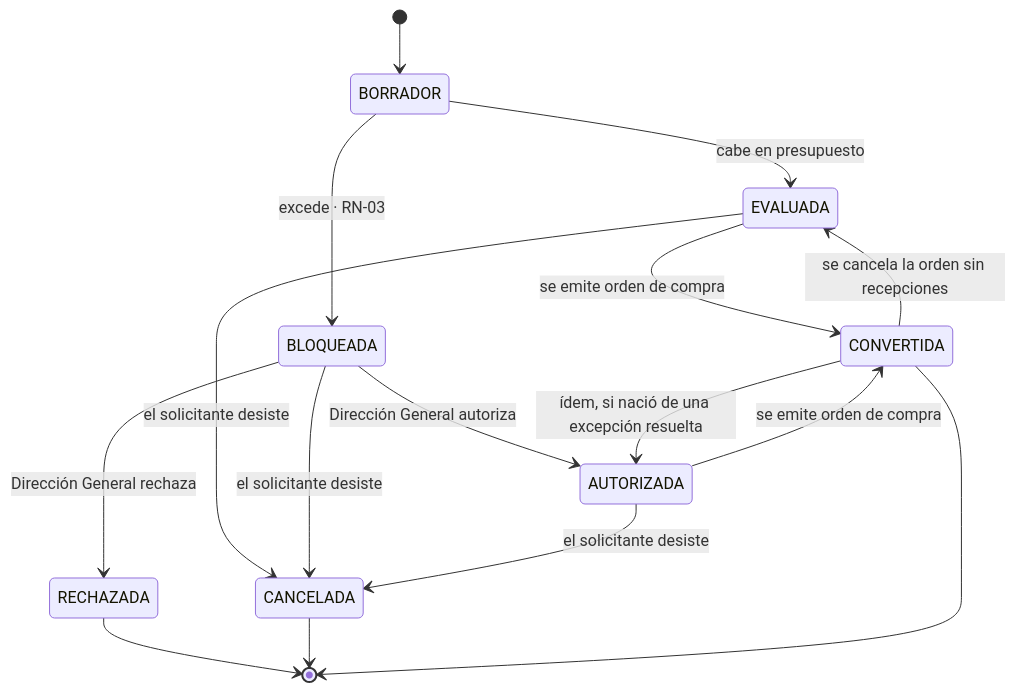
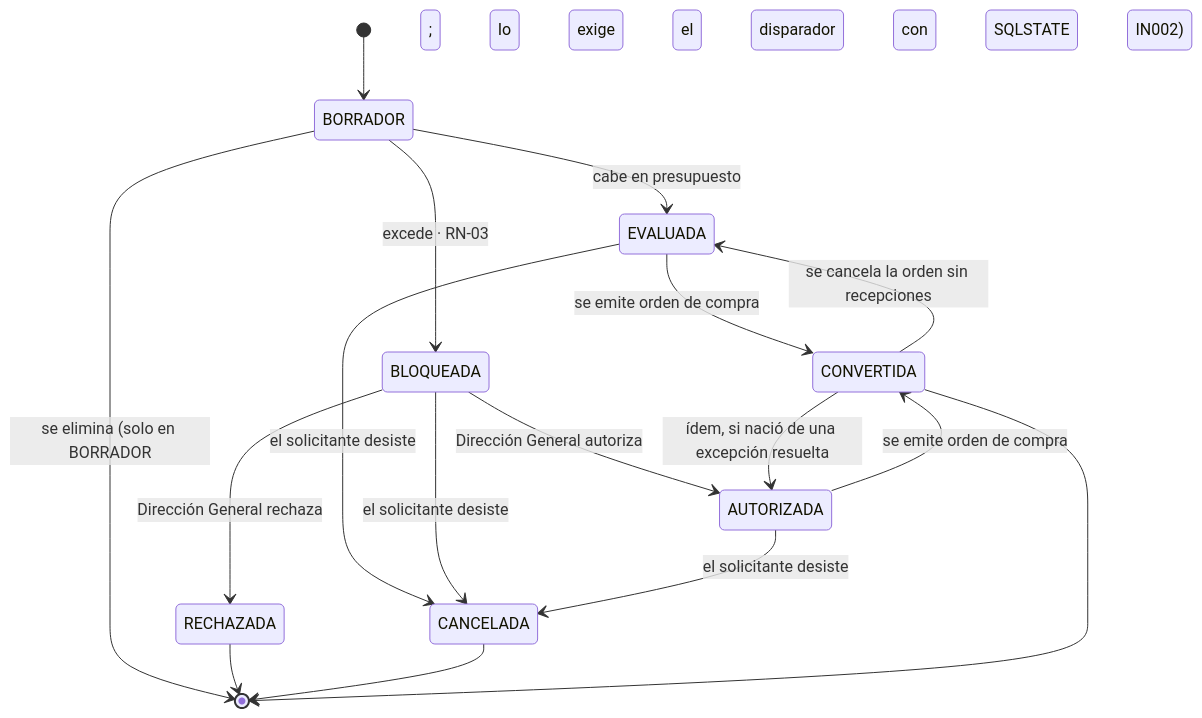
Before and after one commit to FranciscoRodSilva/IA4Devs-Proyecto-Final: diagram 13 of 18 in docs/03-modelo-datos.md, drawn with Mermaid. The commit also changed other lines of this file and 36 other files, not shown here.

````diff
--- a/docs/03-modelo-datos.md
+++ b/docs/03-modelo-datos.md
@@ -1228,18 +1244,19 @@
 ```mermaid
 stateDiagram-v2
     [*] --> BORRADOR
     BORRADOR --> EVALUADA: cabe en presupuesto
     BORRADOR --> BLOQUEADA: excede · RN-03
     BLOQUEADA --> AUTORIZADA: Dirección General autoriza
     BLOQUEADA --> RECHAZADA: Dirección General rechaza
+    BORRADOR --> [*]: se elimina (solo en BORRADOR; lo exige el disparador con SQLSTATE IN002)
     EVALUADA --> CONVERTIDA: se emite orden de compra
     AUTORIZADA --> CONVERTIDA: se emite orden de compra
     CONVERTIDA --> EVALUADA: se cancela la orden sin recepciones
     CONVERTIDA --> AUTORIZADA: ídem, si nació de una excepción resuelta
     EVALUADA --> CANCELADA: el solicitante desiste
     BLOQUEADA --> CANCELADA: el solicitante desiste
     AUTORIZADA --> CANCELADA: el solicitante desiste
     RECHAZADA --> [*]
     CANCELADA --> [*]
     CONVERTIDA --> [*]
 ```
````
